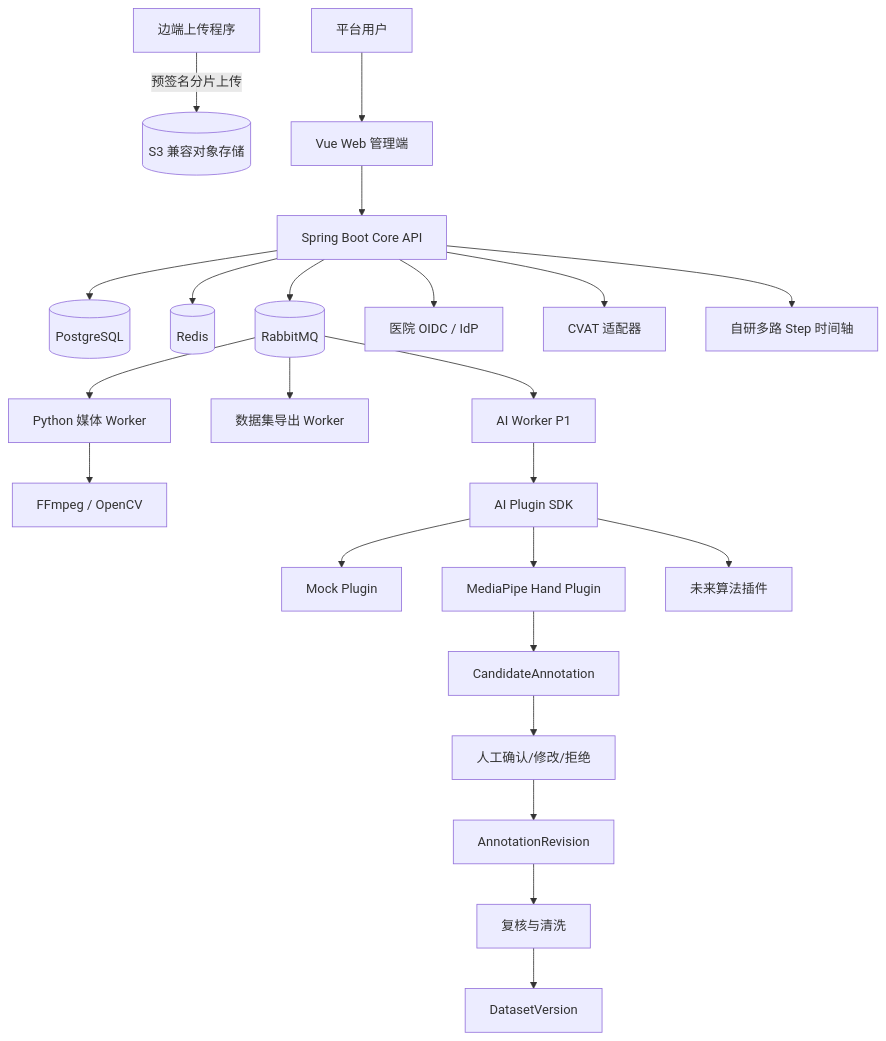
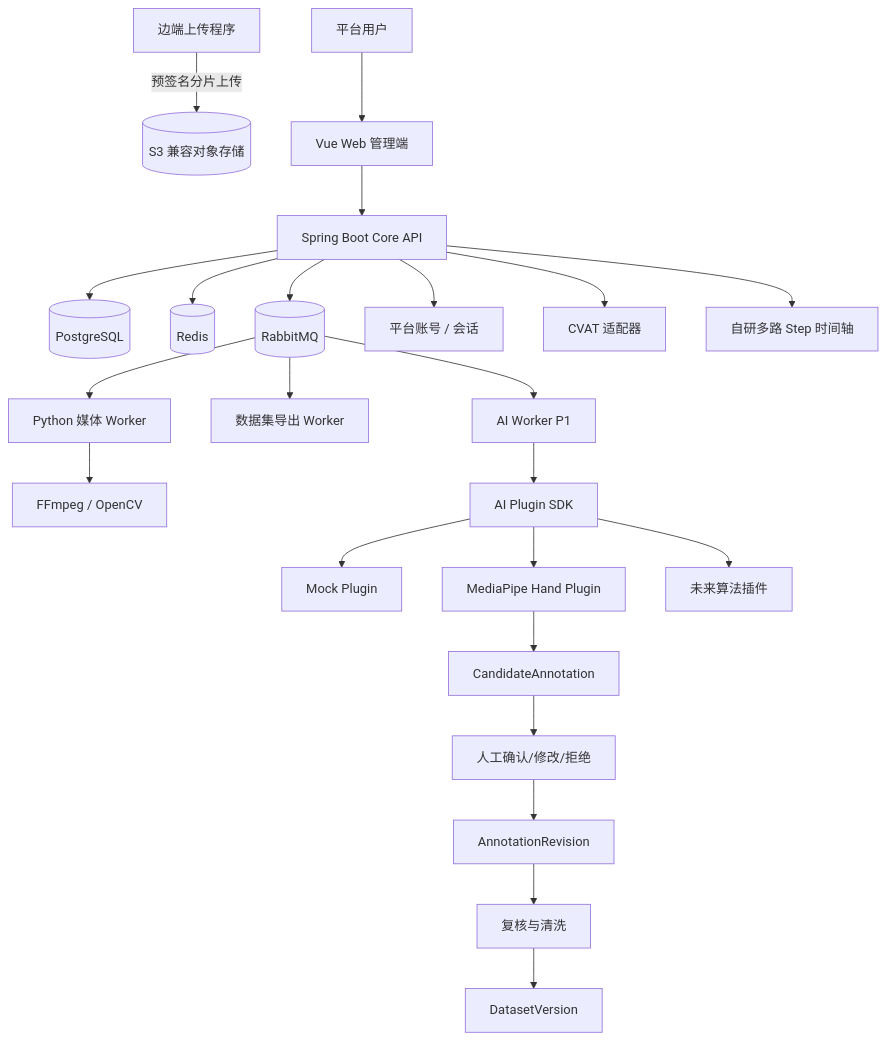
The diagram in docs/architecture/配药平台技术设计.md (Soberis/medication-video-platform), drawn with Mermaid before and after one commit. The commit also changed other lines of this file and 53 other files, not shown here.

````diff
--- a/docs/architecture/配药平台技术设计.md
+++ b/docs/architecture/配药平台技术设计.md
@@ -241,29 +241,29 @@
 ```mermaid
 flowchart TB
     EDGE[边端上传程序] -->|预签名分片上传| S3[(S3 兼容对象存储)]
     USER[平台用户] --> WEB[Vue Web 管理端]
     WEB --> API[Spring Boot Core API]
 
     API --> PG[(PostgreSQL)]
     API --> REDIS[(Redis)]
     API --> MQ[(RabbitMQ)]
-    API --> OIDC[医院 OIDC / IdP]
+    API --> ACCOUNT[平台账号 / 会话]
     API --> CVAT[CVAT 适配器]
 
     MQ --> MW[Python 媒体 Worker]
     MQ --> EW[数据集导出 Worker]
     MQ --> AW[AI Worker P1]
 
     MW --> FFMPEG[FFmpeg / OpenCV]
     AW --> SDK[AI Plugin SDK]
     SDK --> MOCK[Mock Plugin]
     SDK --> MP[MediaPipe Hand Plugin]
     SDK --> FUTURE[未来算法插件]
 
     API --> TIMELINE[自研多路 Step 时间轴]
     MP --> CAND[CandidateAnnotation]
     CAND --> HUMAN[人工确认/修改/拒绝]
     HUMAN --> REV[AnnotationRevision]
     REV --> REVIEW[复核与清洗]
     REVIEW --> DATASET[DatasetVersion]
 ```
````
